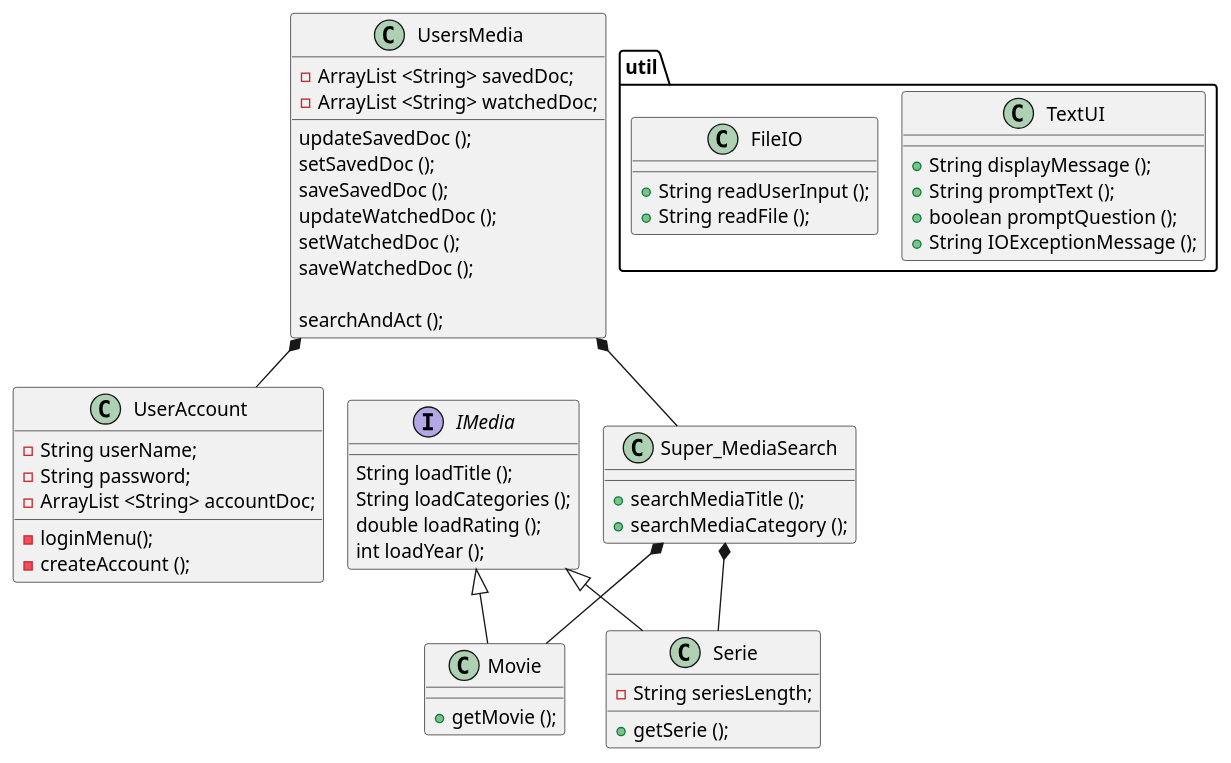
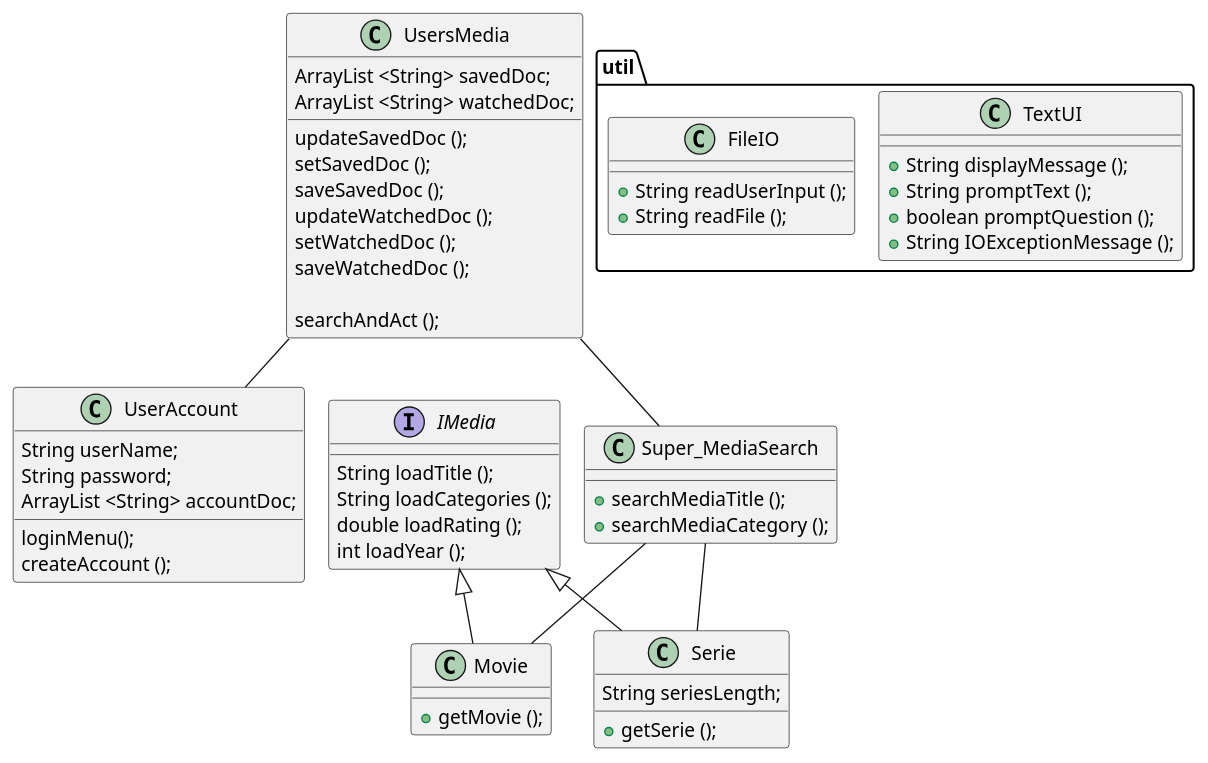
Before and after one commit to NicolineNV/SP3_Project_1_sem___2.version: the diagram in Doc/Static/ClassDiagram_v1.puml, drawn with PlantUML. The commit also changed 5 other files, not shown here.

Commit message:
Updated the class diagram - made version 1 and version 2

```diff
--- a/Doc/Static/ClassDiagram_v1.puml
+++ b/Doc/Static/ClassDiagram_v1.puml
@@ -1,78 +1,78 @@
 @startuml
 !pragma layout smetana
 
 class UserAccount {
-- String userName;
-- String password;
-- ArrayList <String> accountDoc;
+String userName;
+String password;
+ArrayList <String> accountDoc;
 
-- loginMenu();
-- createAccount ();
+loginMenu();
+createAccount ();
 }
 
 class UsersMedia {
-- ArrayList <String> savedDoc;
-- ArrayList <String> watchedDoc;
+ArrayList <String> savedDoc;
+ArrayList <String> watchedDoc;
 
 updateSavedDoc ();
 setSavedDoc ();
 saveSavedDoc ();
 updateWatchedDoc ();
 setWatchedDoc ();
 saveWatchedDoc ();
 
 searchAndAct ();
 }
 
 class Super_MediaSearch {
 + searchMediaTitle ();
 + searchMediaCategory ();
 }
 
 interface IMedia {
 String loadTitle ();
 String loadCategories ();
 double loadRating ();
 int loadYear ();
 }
 
 class Movie {
 
 + getMovie ();
 }
 
 class Serie {
-- String seriesLength;
+String seriesLength;
 
 + getSerie ();
 }
 
 package util {
 
 class TextUI {
 + String displayMessage ();
 + String promptText ();
 + boolean promptQuestion ();
 + String IOExceptionMessage ();
 }
 
 
 
 class FileIO {
 + String readUserInput ();
 + String readFile ();
 }
 
 }
 
 IMedia <|-- Serie
 IMedia <|-- Movie
 
-Super_MediaSearch *-- Movie
-Super_MediaSearch *-- Serie
+Super_MediaSearch -- Movie
+Super_MediaSearch-- Serie
 
-UsersMedia *-- Super_MediaSearch
-UsersMedia *-- UserAccount
+UsersMedia -- Super_MediaSearch
+UsersMedia-- UserAccount
 
 
 @enduml
```
